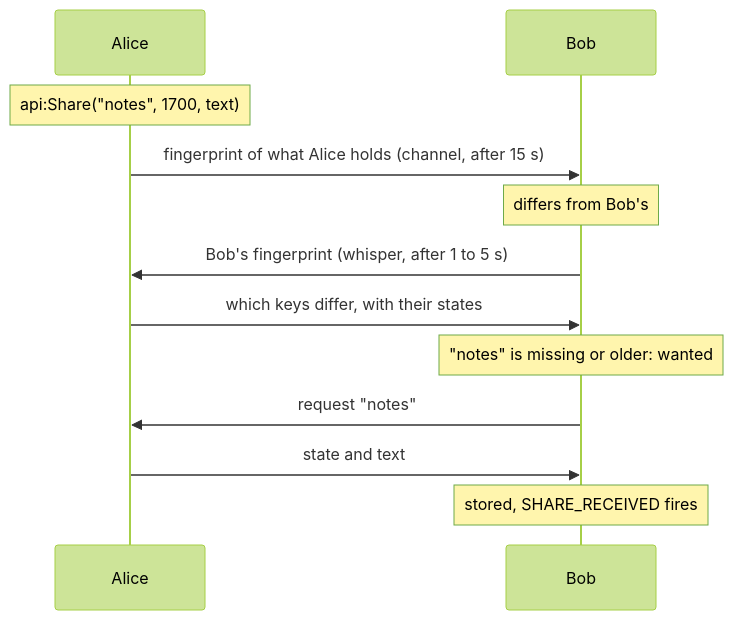
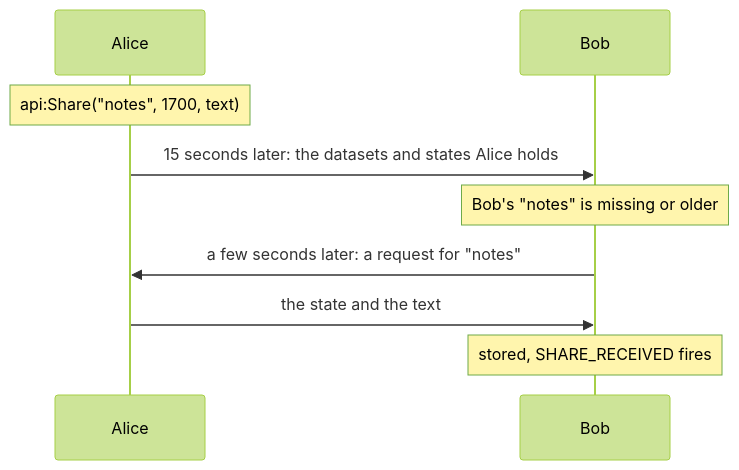
One commit to Siphelis/EbonAPI changed the diagram in Documentation/guides/sharing.md. Above: the diagram before and after it, drawn with Mermaid (forest theme). The commit also changed other lines of this file and 45 other files, not shown here.

````diff
--- a/Documentation/guides/sharing.md
+++ b/Documentation/guides/sharing.md
@@ -34,14 +39,11 @@
 ```mermaid
 sequenceDiagram
     participant A as Alice
     participant B as Bob
     Note over A: api:Share("notes", 1700, text)
-    A->>B: fingerprint of what Alice holds (channel, after 15 s)
-    Note over B: differs from Bob's
-    B->>A: Bob's fingerprint (whisper, after 1 to 5 s)
-    A->>B: which keys differ, with their states
-    Note over B: "notes" is missing or older: wanted
-    B->>A: request "notes"
-    A->>B: state and text
+    A->>B: 15 seconds later: the datasets and states Alice holds
+    Note over B: Bob's "notes" is missing or older
+    B->>A: a few seconds later: a request for "notes"
+    A->>B: the state and the text
     Note over B: stored, SHARE_RECEIVED fires
 ```
````
